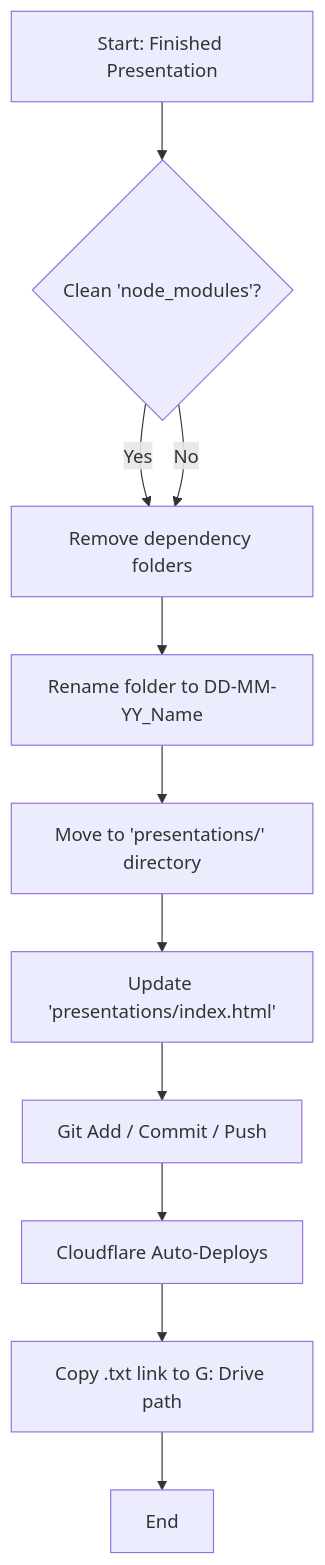
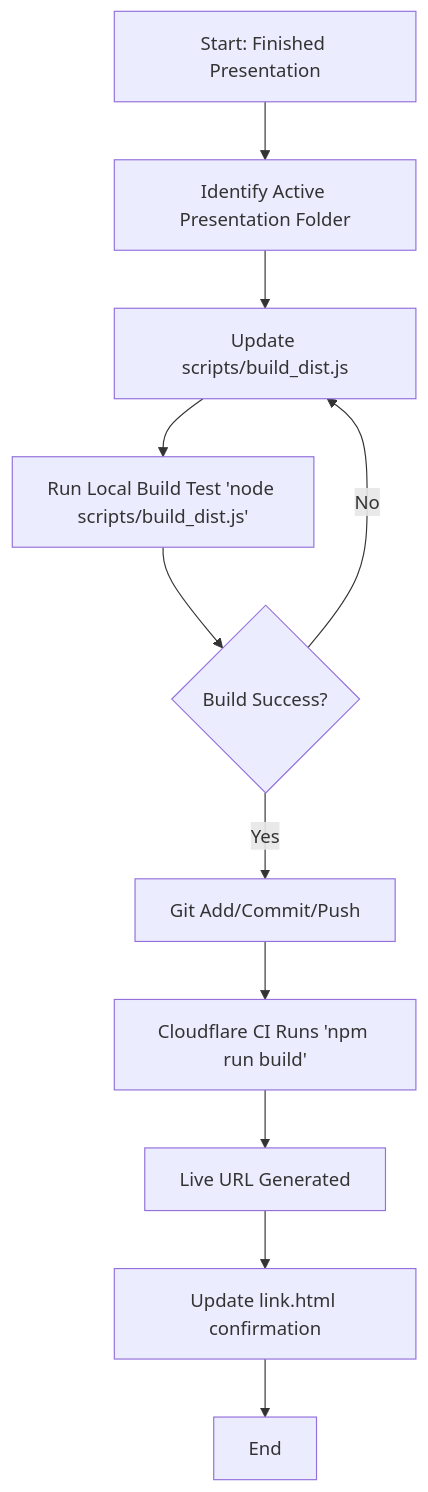
One commit to elwrush/lesson-plan-agent changed the diagram in skills/hosting-presentations/SKILL.md. Above: the diagram before and after it, drawn with Mermaid. The commit also changed other lines of this file and 2 other files, not shown here.

First line of the commit message:
docs(deployment): v1.1.0 - mandate whitelist build strategy after asset overflow incident

````diff
--- a/skills/hosting-presentations/SKILL.md
+++ b/skills/hosting-presentations/SKILL.md
@@ -28,13 +20,13 @@
 ```mermaid
 graph TD
-    A[Start: Finished Presentation] --> B{Clean 'node_modules'?}
-    B -- Yes --> C[Remove dependency folders]
-    B -- No --> C
-    C --> D[Rename folder to DD-MM-YY_Name]
-    D --> E[Move to 'presentations/' directory]
-    E --> F[Update 'presentations/index.html']
-    F --> G[Git Add / Commit / Push]
-    G --> H[Cloudflare Auto-Deploys]
-    H --> I[Copy .txt link to G: Drive path]
+    A[Start: Finished Presentation] --> B[Identify Active Presentation Folder]
+    B --> C[Update scripts/build_dist.js]
+    C --> D[Run Local Build Test 'node scripts/build_dist.js']
+    D --> E{Build Success?}
+    E -- No --> C
+    E -- Yes --> F[Git Add/Commit/Push]
+    F --> G[Cloudflare CI Runs 'npm run build']
+    G --> H[Live URL Generated]
+    H --> I[Update link.html confirmation]
     I --> J[End]
 ```
````
